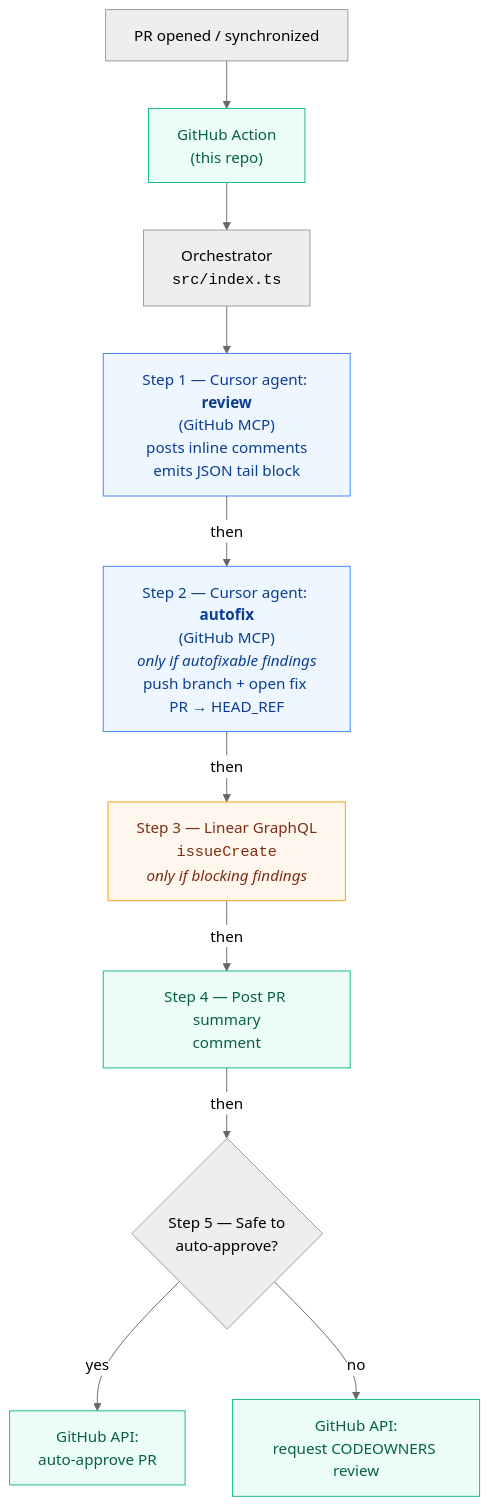
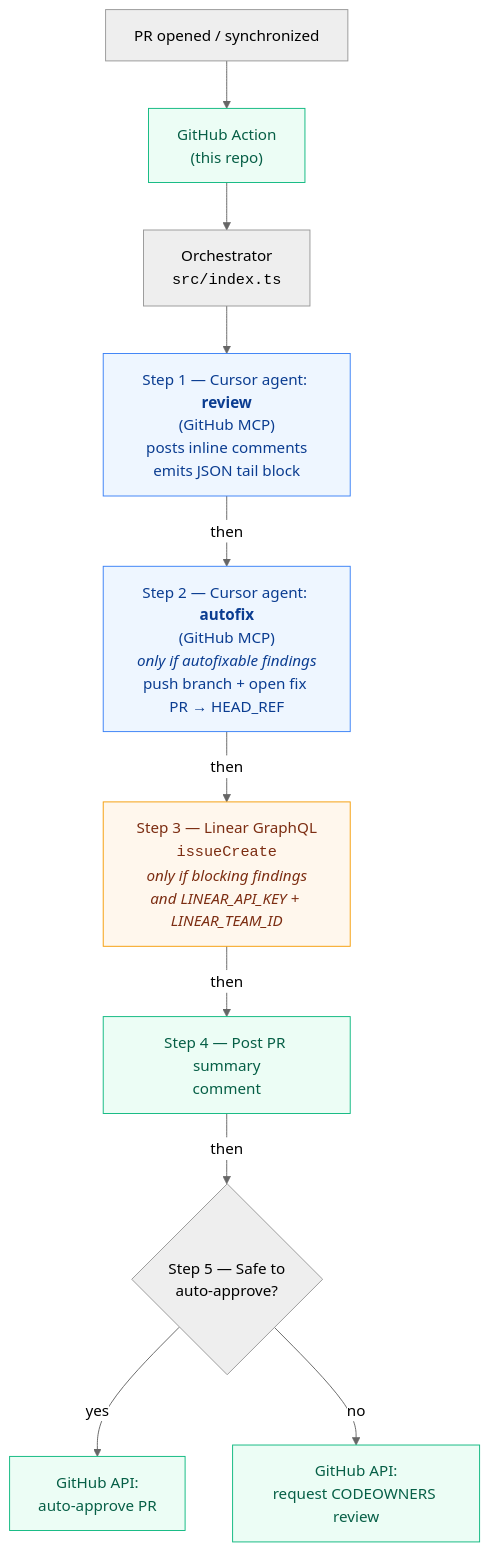
One commit to captain-corgi/cursor-sdk-example changed the diagram in README.md. Above: the diagram before and after it, drawn with Mermaid (neutral theme).

Commit message:
fix(F1): document Linear env preconditions in architecture diagram
Made-with: Cursor

````diff
--- a/README.md
+++ b/README.md
@@ -15,21 +15,21 @@
 ```mermaid
 flowchart TD
     PR["PR opened / synchronized"] --> Action["GitHub Action<br/>(this repo)"]
     Action --> Orchestrator["Orchestrator<br/><code>src/index.ts</code>"]
 
     Orchestrator --> Review["Step 1 — Cursor agent: <b>review</b><br/>(GitHub MCP)<br/>posts inline comments<br/>emits JSON tail block"]
     Review -->|then| Autofix["Step 2 — Cursor agent: <b>autofix</b><br/>(GitHub MCP)<br/><i>only if autofixable findings</i><br/>push branch + open fix PR → HEAD_REF"]
-    Autofix -->|then| Linear["Step 3 — Linear GraphQL<br/><code>issueCreate</code><br/><i>only if blocking findings</i>"]
+    Autofix -->|then| Linear["Step 3 — Linear GraphQL<br/><code>issueCreate</code><br/><i>only if blocking findings</i><br/><i>and LINEAR_API_KEY + LINEAR_TEAM_ID</i>"]
     Linear -->|then| Summary["Step 4 — Post PR summary<br/>comment"]
     Summary -->|then| Decide{"Step 5 — Safe to<br/>auto-approve?"}
 
     Decide -->|yes| Approve["GitHub API:<br/>auto-approve PR"]
     Decide -->|no| Reviewers["GitHub API:<br/>request CODEOWNERS review"]
 
     classDef agent fill:#eef6ff,stroke:#3b82f6,color:#0b3d91;
     classDef ext fill:#fff7ed,stroke:#f59e0b,color:#7c2d12;
     classDef gh fill:#ecfdf5,stroke:#10b981,color:#065f46;
     class Review,Autofix agent;
     class Linear ext;
     class Approve,Reviewers,Action,Summary gh;
 ```
````
